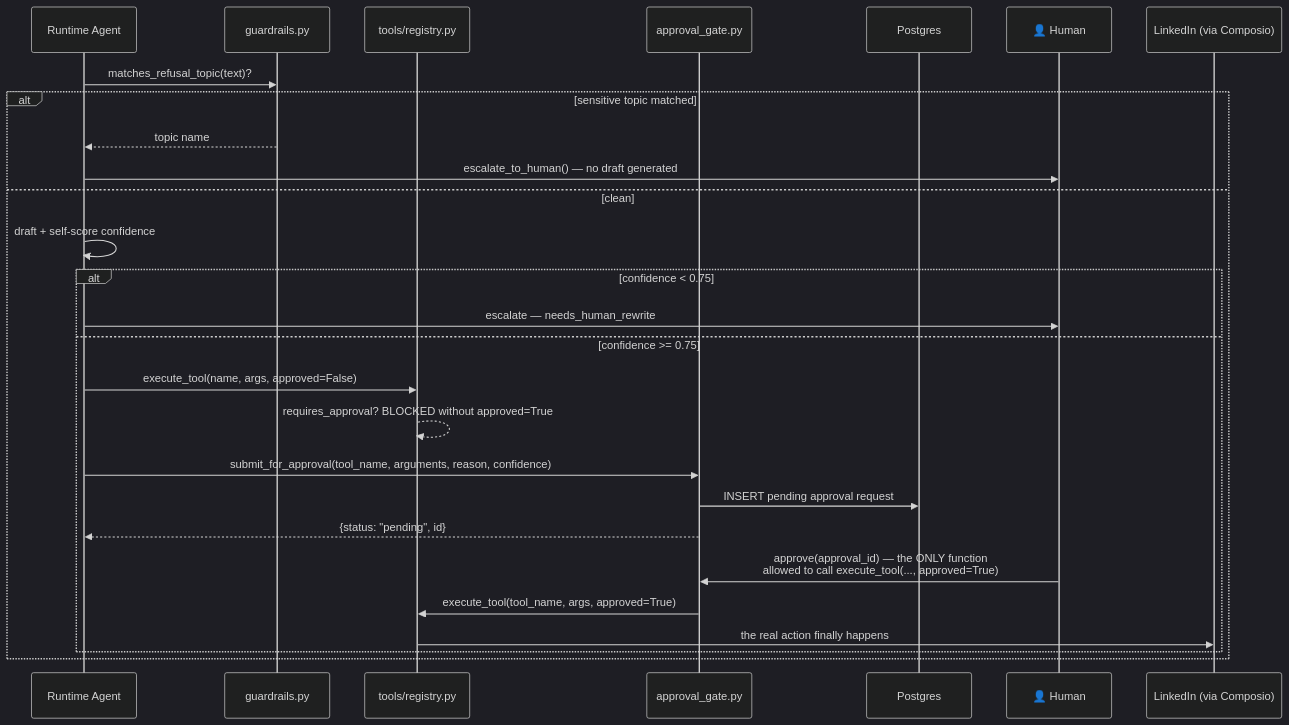
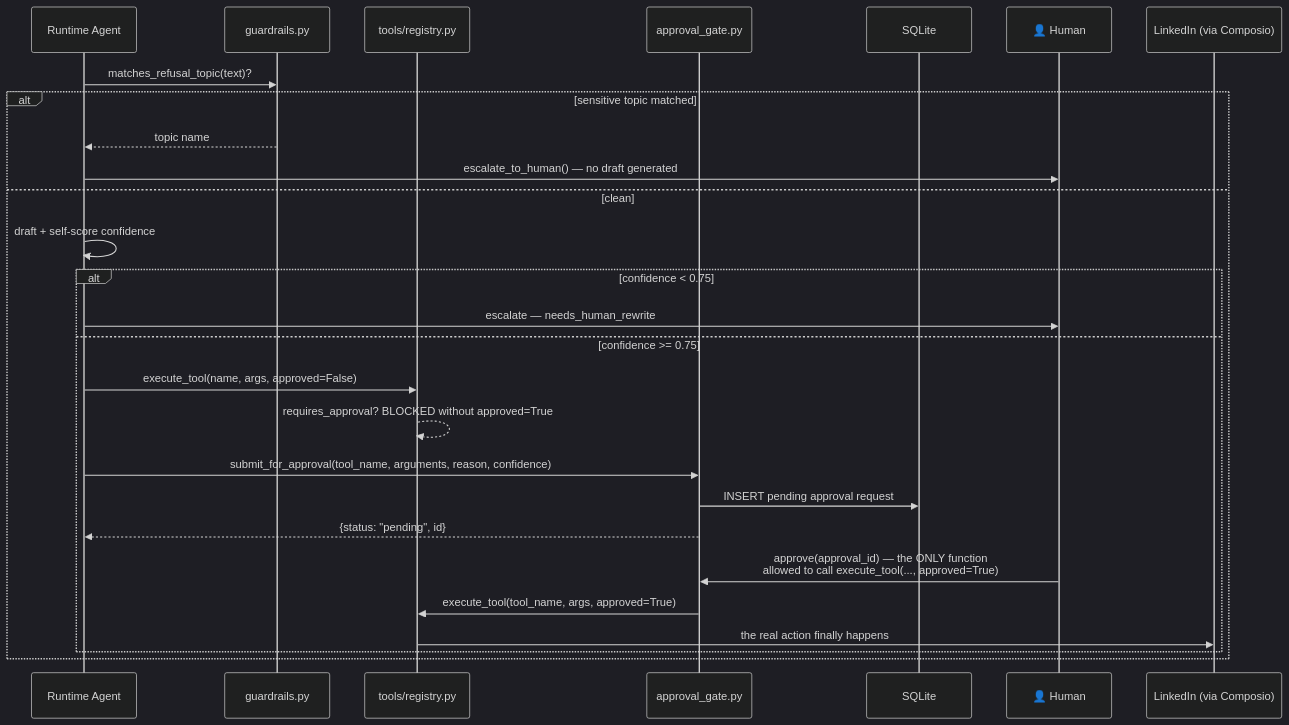
One commit to codaswin/ALM_opensourse changed the third of 10 diagrams in README.md. Above: the diagram before and after it, drawn with Mermaid (dark theme). The commit also changed other lines of this file, not shown here.

````diff
--- a/README.md
+++ b/README.md
@@ -333,30 +316,30 @@
 ```mermaid
 sequenceDiagram
     participant Agent as Runtime Agent
     participant Guard as guardrails.py
     participant Registry as tools/registry.py
     participant Gate as approval_gate.py
-    participant DB as Postgres
+    participant DB as SQLite
     participant Human as 👤 Human
     participant LinkedIn as LinkedIn (via Composio)
 
     Agent->>Guard: matches_refusal_topic(text)?
     alt sensitive topic matched
         Guard-->>Agent: topic name
         Agent->>Human: escalate_to_human() — no draft generated
     else clean
         Agent->>Agent: draft + self-score confidence
         alt confidence < 0.75
             Agent->>Human: escalate — needs_human_rewrite
         else confidence >= 0.75
             Agent->>Registry: execute_tool(name, args, approved=False)
             Registry-->>Registry: requires_approval? BLOCKED without approved=True
             Agent->>Gate: submit_for_approval(tool_name, arguments, reason, confidence)
             Gate->>DB: INSERT pending approval request
             Gate-->>Agent: {status: "pending", id}
             Human->>Gate: approve(approval_id) — the ONLY function<br/>allowed to call execute_tool(..., approved=True)
             Gate->>Registry: execute_tool(tool_name, args, approved=True)
             Registry->>LinkedIn: the real action finally happens
         end
     end
 ```
````
